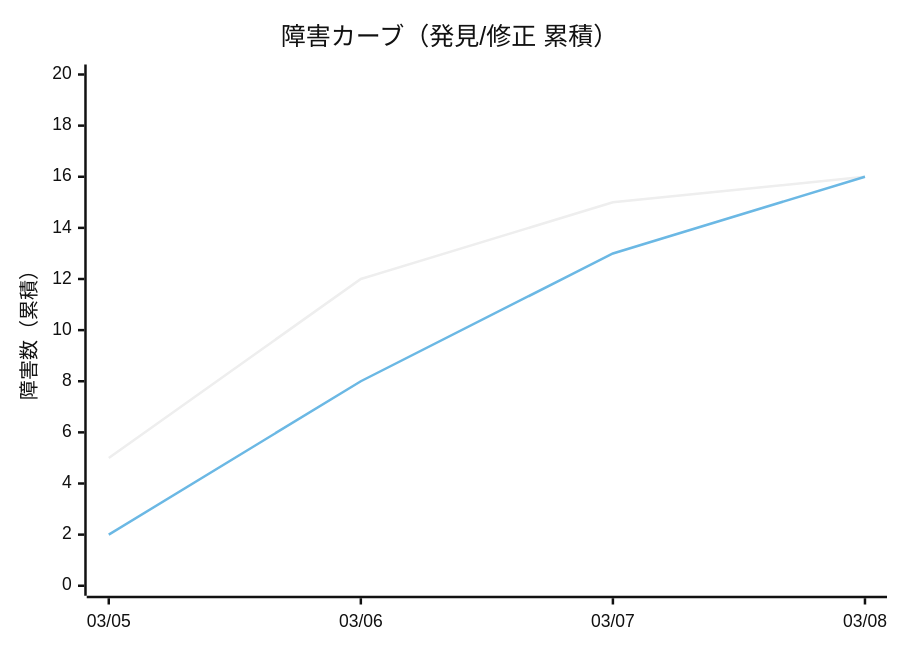
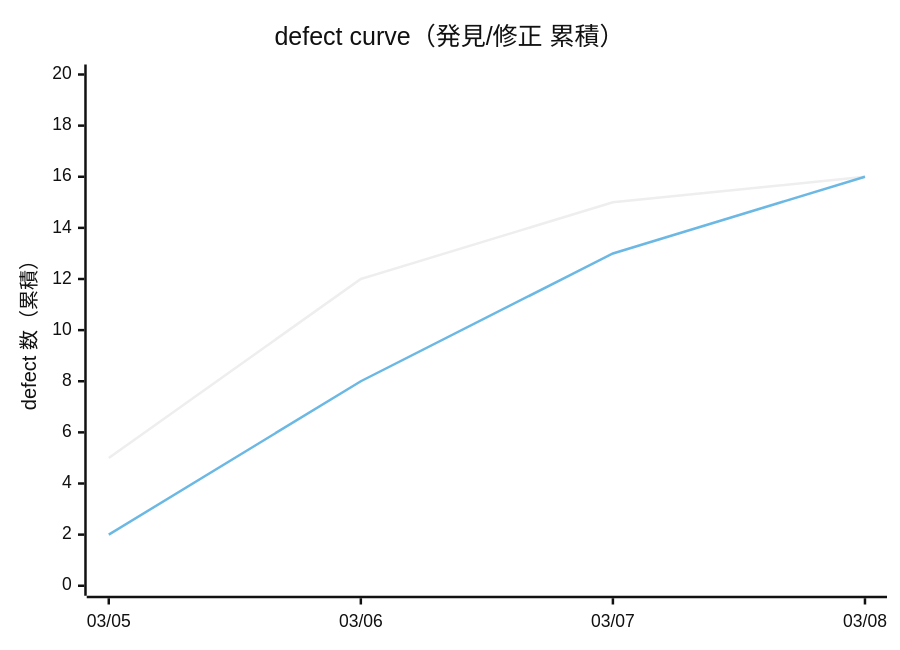
Before and after one commit to GoodRelax/claude-code-full-auto-dev: the eighth of 11 diagrams in process-rules/full-auto-dev-process-rules-ja.md, drawn with Mermaid (neutral theme). The commit also changed other lines of this file and 10 other files, not shown here.

````diff
--- a/process-rules/full-auto-dev-process-rules-ja.md
+++ b/process-rules/full-auto-dev-process-rules-ja.md
@@ -1063,8 +1063,8 @@
 ```mermaid
 xychart-beta
-    title "障害カーブ（発見/修正 累積）"
+    title "defect curve（発見/修正 累積）"
     x-axis ["03/05", "03/06", "03/07", "03/08"]
-    y-axis "障害数（累積）" 0 --> 20
+    y-axis "defect 数（累積）" 0 --> 20
     line [5, 12, 15, 16]
     line [2, 8, 13, 16]
 ```
````
